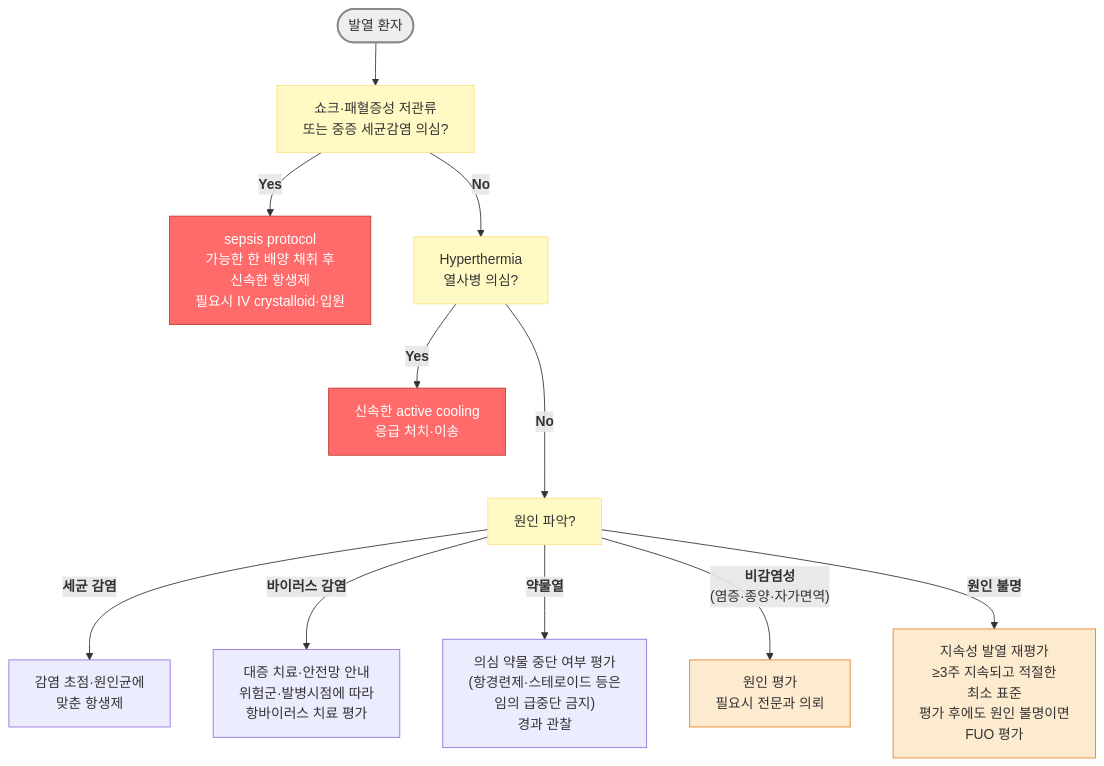
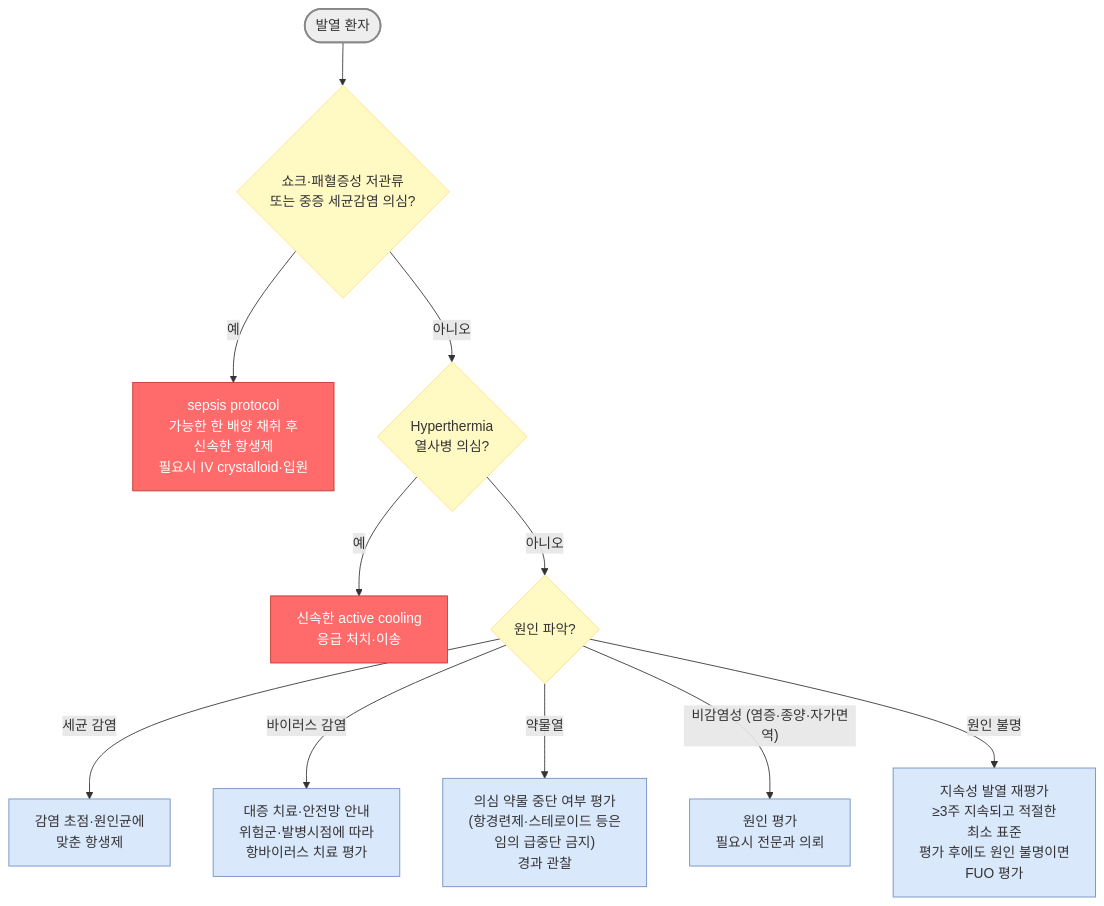
The second of 2 diagrams in 220_/011_-fever.md (familyoh77/familyoh77), drawn with Mermaid before and after one commit. The commit also changed other lines of this file and 13 other files, not shown here.

````diff
--- a/220_/011_-fever.md
+++ b/220_/011_-fever.md
@@ -263,21 +286,38 @@
 ```mermaid
-graph TD
-    A([발열 환자]) --> B[쇼크·패혈증성 저관류<br/>또는 중증 세균감염 의심?]
-    B -->|<b>Yes</b>| C["sepsis protocol<br/>가능한 한 배양 채취 후 <br/>신속한 항생제<br/>필요시 IV crystalloid·입원"]
-    B -->|<b>No</b>| D[Hyperthermia<br/>열사병 의심?]
-    D -->|<b>Yes</b>| E["신속한 active cooling<br/>응급 처치·이송"]
-    D --->|<b>No</b>| F[원인 파악?]
-    F -->|<b>세균 감염</b>| G["감염 초점·원인균에 <br/>맞춘 항생제"]
-    F -->|<b>바이러스 감염</b>| H["대증 치료·안전망 안내<br/>위험군·발병시점에 따라<br/>항바이러스 치료 평가"]
-    F -->|<b>약물열</b>| I["의심 약물 중단 여부 평가<br/>(항경련제·스테로이드 등은<br/>임의 급중단 금지)<br/>경과 관찰"]
-    F -->|"<b>비감염성</b><br/>(염증·종양·자가면역)"| J["원인 평가<br/>필요시 전문과 의뢰"]
-    F -->|<b>원인 불명</b>| K["지속성 발열 재평가<br/>≥3주 지속되고 적절한 <br/>최소 표준<br/>평가 후에도 원인 불명이면 <br/>FUO 평가"]
+flowchart TD
+    A([발열 환자]) --> B{"`쇼크·패혈증성 저관류
+또는 중증 세균감염 의심?`"}
+    B -- "예" --> C["`sepsis protocol
+가능한 한 배양 채취 후 
+신속한 항생제
+필요시 IV crystalloid·입원`"]
+    B -- "아니오" --> D{"`Hyperthermia
+열사병 의심?`"}
+    D -- "예" --> E["`신속한 active cooling
+응급 처치·이송`"]
+    D -- "아니오" --> F{"원인 파악?"}
+    F -- "세균 감염" --> G["`감염 초점·원인균에 
+맞춘 항생제`"]
+    F -- "바이러스 감염" --> H["`대증 치료·안전망 안내
+위험군·발병시점에 따라
+항바이러스 치료 평가`"]
+    F -- "약물열" --> I["`의심 약물 중단 여부 평가
+(항경련제·스테로이드 등은
+임의 급중단 금지)
+경과 관찰`"]
+    F -- "비감염성 (염증·종양·자가면역)" --> J["`원인 평가
+필요시 전문과 의뢰`"]
+    F -- "원인 불명" --> K["`지속성 발열 재평가
+≥3주 지속되고 적절한 
+최소 표준
+평가 후에도 원인 불명이면 
+FUO 평가`"]
     classDef red    fill:#ff6b6b,stroke:#c0392b,color:#fff
     classDef start  fill:#eeeeee,stroke:#888888,stroke-width:2px
     classDef yellow fill:#fff9c4,stroke:#ffe082
-    classDef orange fill:#fdebd0,stroke:#e67e22
+        classDef blue fill:#dae8fc,stroke:#6c8ebf
     class A start
     class C,E red
+    class G,H,I,J,K blue
     class B,D,F yellow
-    class J,K orange
 ```
````
